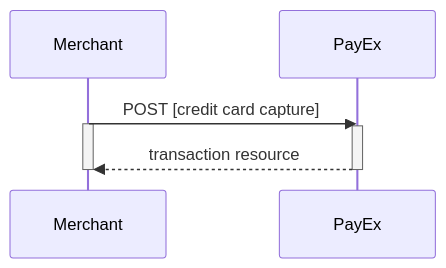
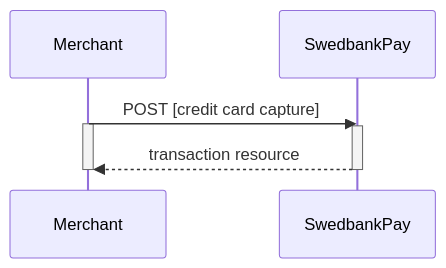
One commit to SwedbankPay/developer.swedbankpay.com changed the fifth of 10 diagrams in payments/credit-card/after-payment.md. Above: the diagram before and after it, drawn with Mermaid. The commit also changed other lines of this file and 3 other files, not shown here.

````diff
--- a/payments/credit-card/after-payment.md
+++ b/payments/credit-card/after-payment.md
@@ -636,9 +636,9 @@
 ```mermaid
 sequenceDiagram
-  Merchant->>PayEx: POST [credit card capture]
+  Merchant->>SwedbankPay: POST [credit card capture]
   Activate Merchant
-  Activate PayEx
-  PayEx-->>Merchant: transaction resource
-  Deactivate PayEx
+  Activate SwedbankPay
+  SwedbankPay-->>Merchant: transaction resource
+  Deactivate SwedbankPay
   Deactivate Merchant
 ```
````
